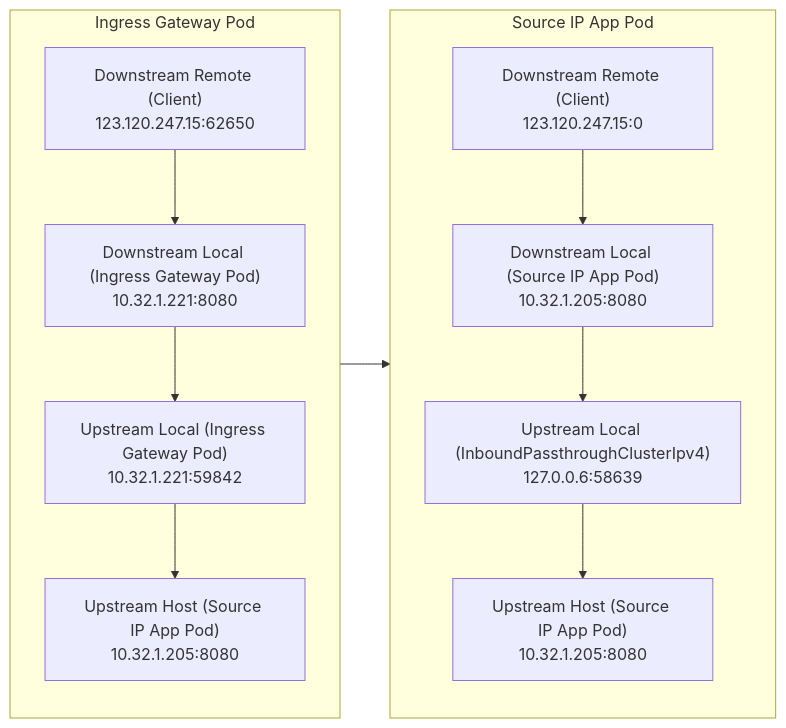
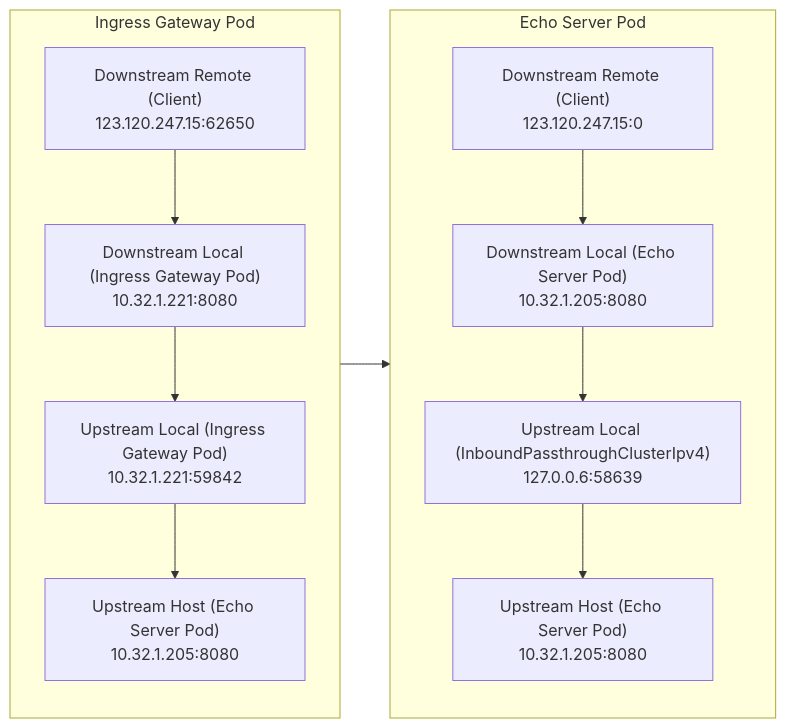
Before and after one commit to rootsongjc/kubernetes-handbook: the sixth of 10 diagrams in content/en/blog/preserve-source-ip-in-istio/index.md, drawn with Mermaid. The commit also changed other lines of this file and 1 other file, not shown here.

````diff
--- a/content/en/blog/preserve-source-ip-in-istio/index.md
+++ b/content/en/blog/preserve-source-ip-in-istio/index.md
@@ -395,19 +395,19 @@
 ```mermaid
 graph LR
 subgraph IngressGatewayPod[Ingress Gateway Pod]
     B["Downstream Local (Ingress Gateway Pod)<br>10.32.1.221:8080"]
     C["Upstream Local (Ingress Gateway Pod)<br>10.32.1.221:59842"]
 A["Downstream Remote (Client)<br>123.120.247.15:62650"] --> B
 B --> C
-C --> D["Upstream Host (Source IP App Pod)<br>10.32.1.205:8080"]
+C --> D["Upstream Host (Echo Server Pod)<br>10.32.1.205:8080"]
 end
-subgraph SourceIPAppPod[Source IP App Pod]
-    F["Downstream Local (Source IP App Pod)<br>10.32.1.205:8080"]
+subgraph SourceIPAppPod[Echo Server Pod]
+    F["Downstream Local (Echo Server Pod)<br>10.32.1.205:8080"]
     G["Upstream Local (InboundPassthroughClusterIpv4)<br>127.0.0.6:58639"]
-    H["Upstream Host (Source IP App Pod)<br>10.32.1.205:8080"]
+    H["Upstream Host (Echo Server Pod)<br>10.32.1.205:8080"]
 E["Downstream Remote (Client)<br>123.120.247.15:0"] --> F
 F --> G
 G --> H
 end
 IngressGatewayPod-->SourceIPAppPod
 ```
````
